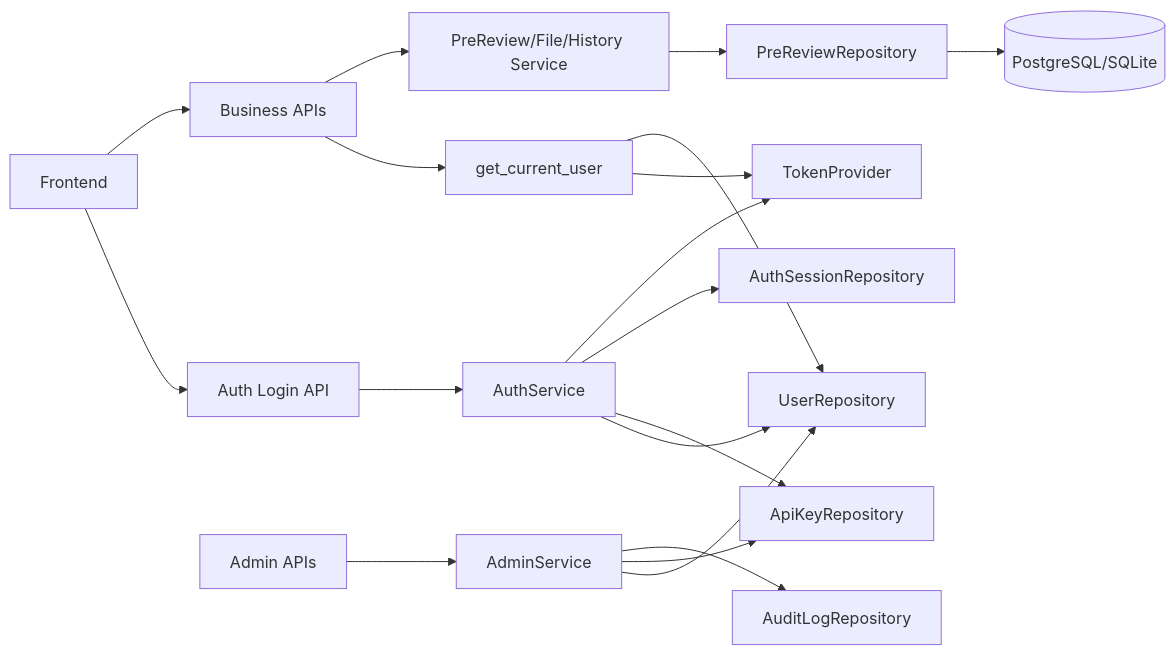
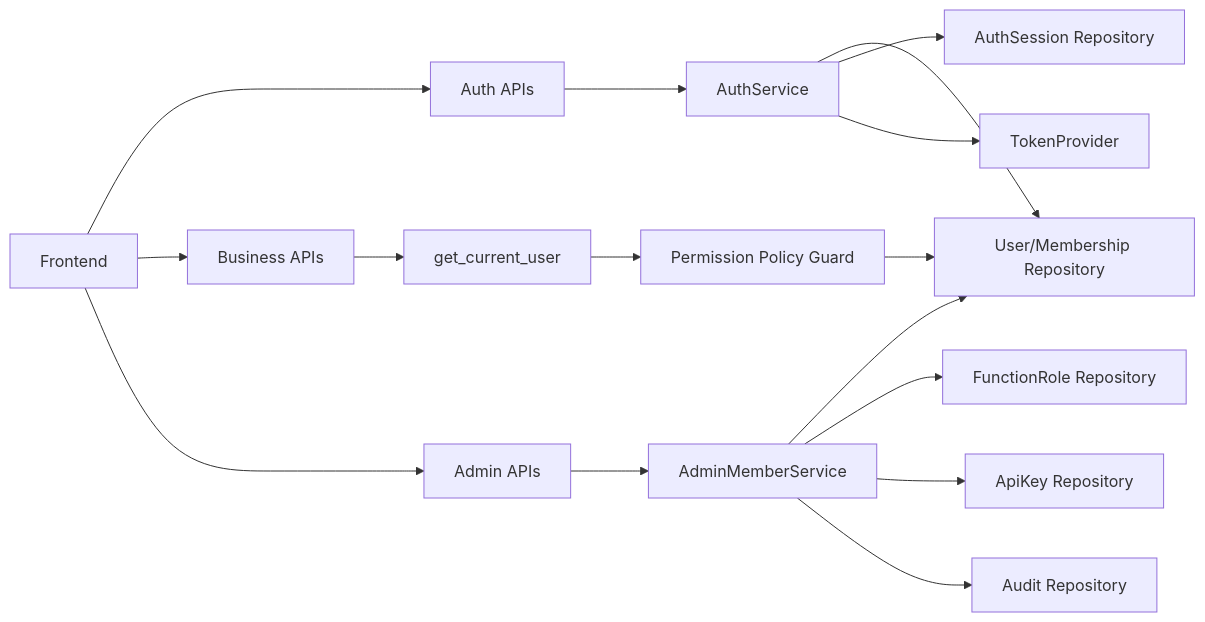
Before and after one commit to petterr-xu/CoProduct: the diagram in docs/user_management/01_overall_technical_design.md, drawn with Mermaid. The commit also changed other lines of this file and 9 other files, not shown here.

Commit message:
fix/feat(docs): fix several problems of user managements and add new features about user role

````diff
--- a/docs/user_management/01_overall_technical_design.md
+++ b/docs/user_management/01_overall_technical_design.md
@@ -49,22 +55,20 @@
 ```mermaid
 flowchart LR
-    UI[Frontend] --> Login[Auth Login API]
+    UI[Frontend] --> Login[Auth APIs]
     Login --> AuthSvc[AuthService]
-    AuthSvc --> UserRepo[UserRepository]
-    AuthSvc --> KeyRepo[ApiKeyRepository]
-    AuthSvc --> SessionRepo[AuthSessionRepository]
+    AuthSvc --> IdentityRepo[User/Membership Repository]
+    AuthSvc --> SessionRepo[AuthSession Repository]
     AuthSvc --> JWT[TokenProvider]
 
     UI --> BizAPI[Business APIs]
     BizAPI --> Guard[get_current_user]
-    Guard --> JWT
-    Guard --> UserRepo
-    BizAPI --> BizSvc[PreReview/File/History Service]
-    BizSvc --> BizRepo[PreReviewRepository]
-    BizRepo --> DB[(PostgreSQL/SQLite)]
+    Guard --> Policy[Permission Policy Guard]
+    Policy --> IdentityRepo
 
-    AdminAPI[Admin APIs] --> AdminSvc[AdminService]
-    AdminSvc --> UserRepo
-    AdminSvc --> KeyRepo
-    AdminSvc --> AuditRepo[AuditLogRepository]
+    UI --> AdminAPI[Admin APIs]
+    AdminAPI --> AdminSvc[AdminMemberService]
+    AdminSvc --> IdentityRepo
+    AdminSvc --> FuncRepo[FunctionRole Repository]
+    AdminSvc --> KeyRepo[ApiKey Repository]
+    AdminSvc --> AuditRepo[Audit Repository]
 ```
````
